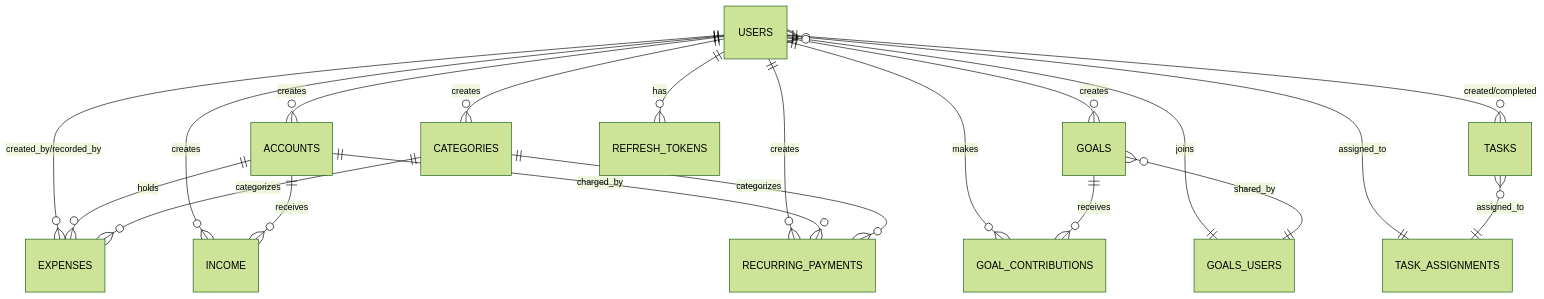
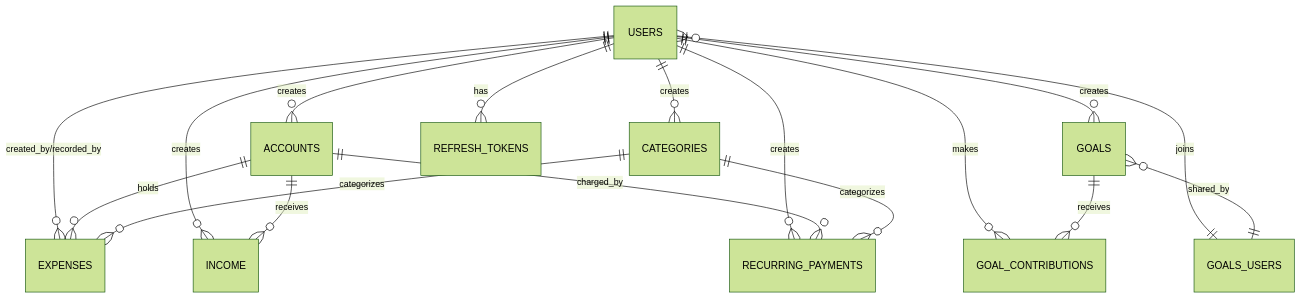
Before and after one commit to sebasvelasco353/nummus-budget: the diagram in docs/database.md, drawn with Mermaid (forest theme). The commit also changed other lines of this file and 10 other files, not shown here.

````diff
--- a/docs/database.md
+++ b/docs/database.md
@@ -16,26 +16,23 @@
 ```mermaid
 erDiagram
     USERS ||--o{ ACCOUNTS : creates
     USERS ||--o{ CATEGORIES : creates
     USERS ||--o{ EXPENSES : "created_by/recorded_by"
     USERS ||--o{ INCOME : creates
     USERS ||--o{ GOALS : creates
-    USERS ||--o{ TASKS : "created/completed"
     USERS ||--o{ RECURRING_PAYMENTS : creates
     USERS ||--o{ REFRESH_TOKENS : has
     USERS ||--o{ GOAL_CONTRIBUTIONS : makes
-    USERS }o--|| TASK_ASSIGNMENTS : "assigned_to"
     USERS }o--|| GOALS_USERS : "joins"
 
     ACCOUNTS ||--o{ EXPENSES : "holds"
     ACCOUNTS ||--o{ INCOME : "receives"
     ACCOUNTS ||--o{ RECURRING_PAYMENTS : "charged_by"
 
     CATEGORIES ||--o{ EXPENSES : "categorizes"
     CATEGORIES ||--o{ RECURRING_PAYMENTS : "categorizes"
 
     GOALS ||--o{ GOAL_CONTRIBUTIONS : "receives"
     GOALS }o--|| GOALS_USERS : "shared_by"
 
-    TASKS }o--|| TASK_ASSIGNMENTS : "assigned_to"
 ```
````
